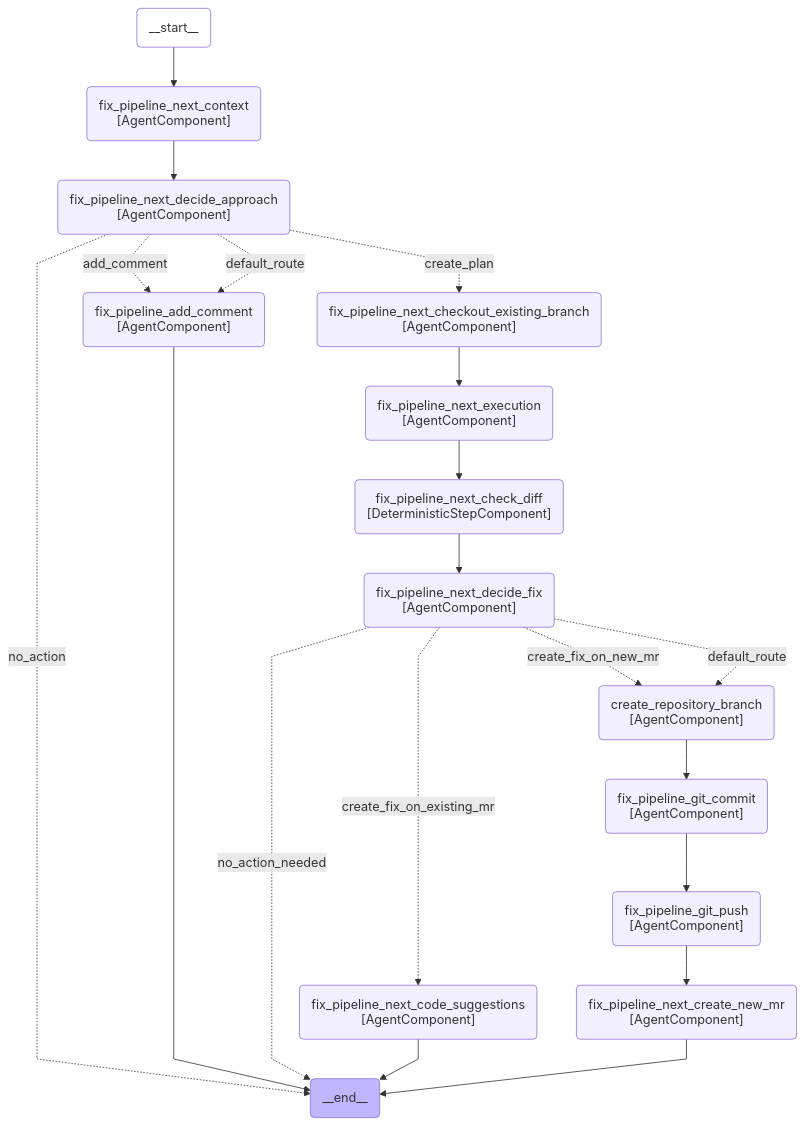
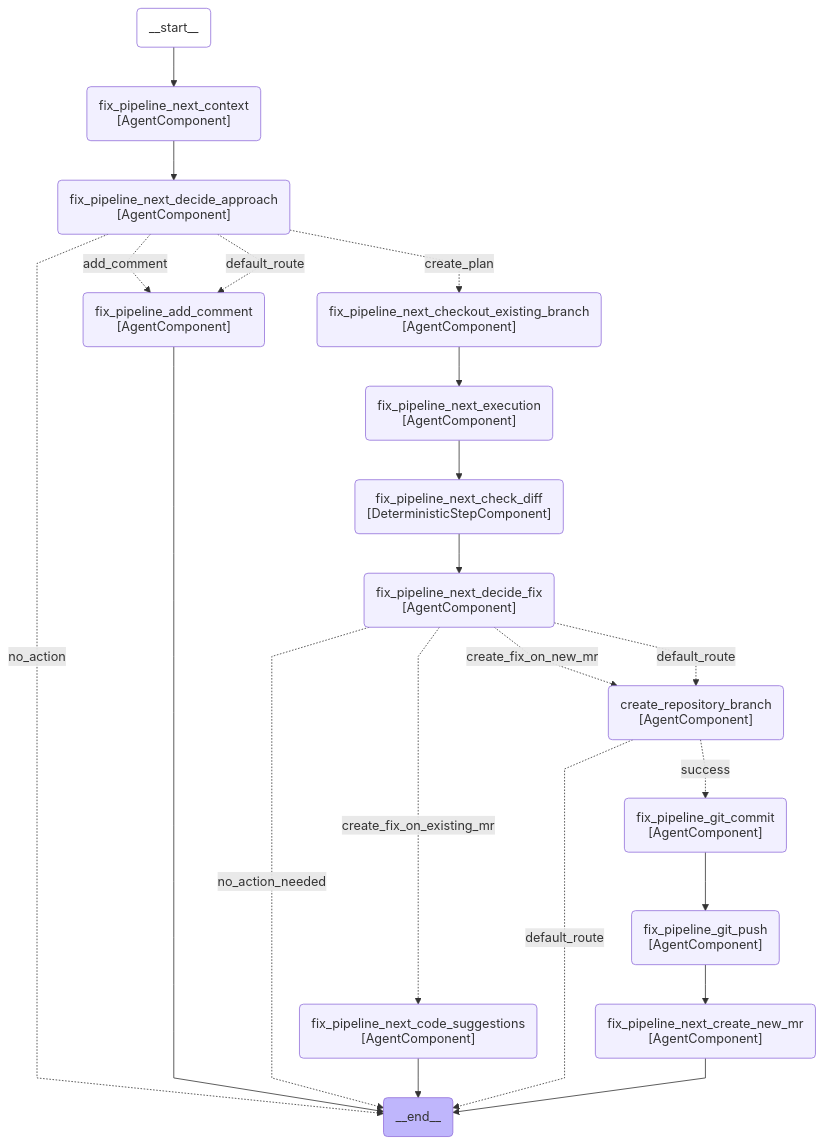
One commit to movax01h/ai-gateway changed diagram 16 of 24 in docs/duo_workflow_service_graphs.md. Above: the diagram before and after it, drawn with Mermaid. The commit also changed other lines of this file and 7 other files, not shown here.

Commit message:
feat(workflows): use response schema for create_repository_branch output

````diff
--- a/docs/duo_workflow_service_graphs.md
+++ b/docs/duo_workflow_service_graphs.md
@@ -463,44 +465,45 @@
 ```mermaid
 ---
 config:
     flowchart:
         curve: linear
 ---
 graph TD;
     __start__(__start__):::first;
     __end__(__end__):::last;
     __start__ --> fix_pipeline_next_context;
     fix_pipeline_next_context(fix_pipeline_next_context<br>#91;AgentComponent#93;);
     fix_pipeline_next_decide_approach(fix_pipeline_next_decide_approach<br>#91;AgentComponent#93;);
     fix_pipeline_next_decide_fix(fix_pipeline_next_decide_fix<br>#91;AgentComponent#93;);
     fix_pipeline_next_code_suggestions(fix_pipeline_next_code_suggestions<br>#91;AgentComponent#93;);
     fix_pipeline_add_comment(fix_pipeline_add_comment<br>#91;AgentComponent#93;);
     create_repository_branch(create_repository_branch<br>#91;AgentComponent#93;);
     fix_pipeline_next_checkout_existing_branch(fix_pipeline_next_checkout_existing_branch<br>#91;AgentComponent#93;);
     fix_pipeline_next_check_diff(fix_pipeline_next_check_diff<br>#91;DeterministicStepComponent#93;);
     fix_pipeline_next_execution(fix_pipeline_next_execution<br>#91;AgentComponent#93;);
     fix_pipeline_git_commit(fix_pipeline_git_commit<br>#91;AgentComponent#93;);
     fix_pipeline_git_push(fix_pipeline_git_push<br>#91;AgentComponent#93;);
     fix_pipeline_next_create_new_mr(fix_pipeline_next_create_new_mr<br>#91;AgentComponent#93;);
     fix_pipeline_next_context --> fix_pipeline_next_decide_approach;
     fix_pipeline_next_decide_approach -.->|add_comment| fix_pipeline_add_comment;
     fix_pipeline_next_decide_approach -.->|create_plan| fix_pipeline_next_checkout_existing_branch;
     fix_pipeline_next_decide_approach -.->|no_action| __end__;
     fix_pipeline_next_decide_approach -.->|default_route| fix_pipeline_add_comment;
     fix_pipeline_next_checkout_existing_branch --> fix_pipeline_next_execution;
     fix_pipeline_add_comment --> __end__;
     fix_pipeline_next_execution --> fix_pipeline_next_check_diff;
     fix_pipeline_next_check_diff --> fix_pipeline_next_decide_fix;
     fix_pipeline_next_decide_fix -.->|create_fix_on_existing_mr| fix_pipeline_next_code_suggestions;
     fix_pipeline_next_decide_fix -.->|create_fix_on_new_mr| create_repository_branch;
     fix_pipeline_next_decide_fix -.->|no_action_needed| __end__;
     fix_pipeline_next_decide_fix -.->|default_route| create_repository_branch;
     fix_pipeline_next_code_suggestions --> __end__;
-    create_repository_branch --> fix_pipeline_git_commit;
+    create_repository_branch -.->|success| fix_pipeline_git_commit;
+    create_repository_branch -.->|default_route| __end__;
     fix_pipeline_git_commit --> fix_pipeline_git_push;
     fix_pipeline_git_push --> fix_pipeline_next_create_new_mr;
     fix_pipeline_next_create_new_mr --> __end__;
     classDef default fill:#f2f0ff,line-height:1.2;
     classDef first fill-opacity:0;
     classDef last fill:#bfb6fc;
 ```
````
